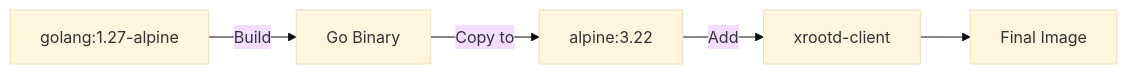
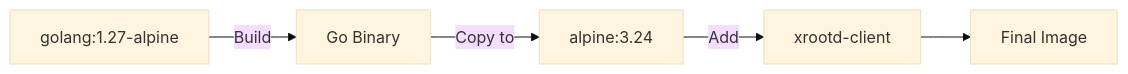
One commit to AnarManafov/dataharbor changed the diagram in docker/backend/README.md. Above: the diagram before and after it, drawn with Mermaid (base theme). The commit also changed 10 other files, not shown here.

````diff
--- a/docker/backend/README.md
+++ b/docker/backend/README.md
@@ -15,7 +15,7 @@
 ```mermaid
 graph LR
     A[golang:1.27-alpine] -->|Build| B[Go Binary]
-    B -->|Copy to| C[alpine:3.22]
+    B -->|Copy to| C[alpine:3.24]
     C -->|Add| D[xrootd-client]
     D --> E[Final Image]
 ```
````
